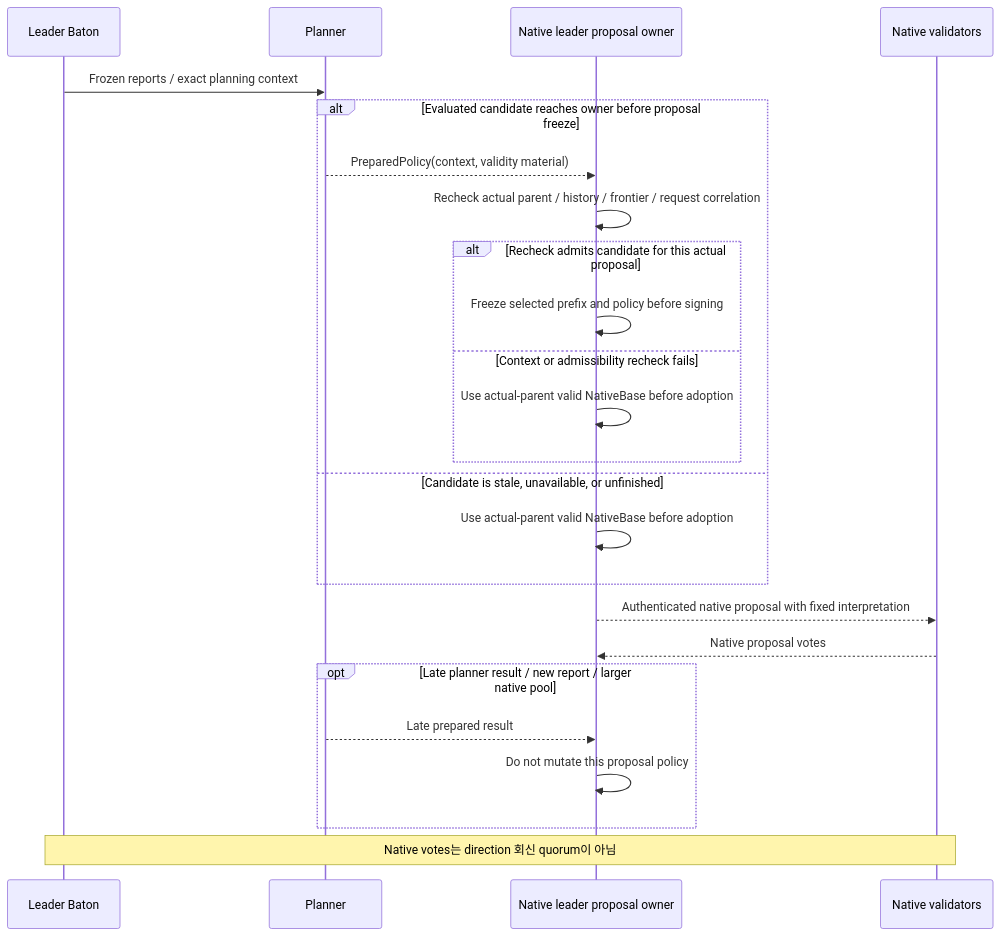
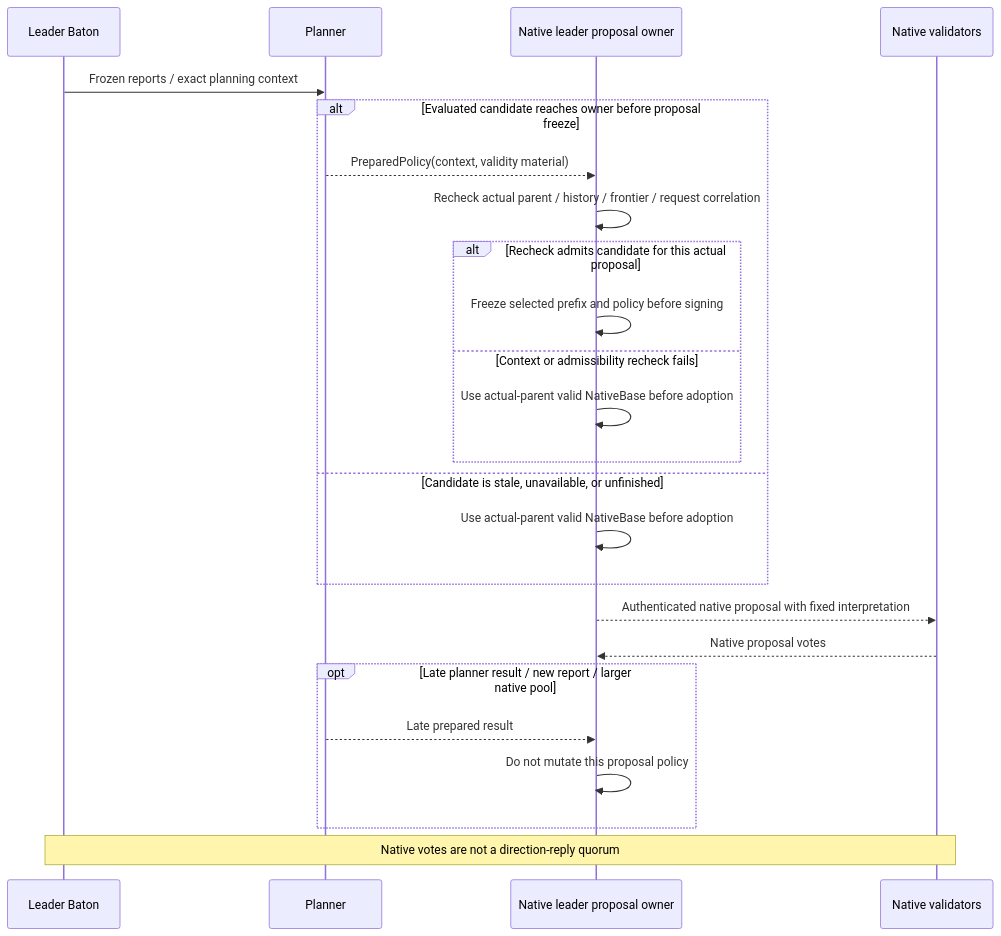
Before and after one commit to djm07073/baton-research: the second of 2 diagrams in docs/e2e/leader.md, drawn with Mermaid. The commit also changed other lines of this file and 99 other files, not shown here.

````diff
--- a/docs/e2e/leader.md
+++ b/docs/e2e/leader.md
@@ -44,26 +44,26 @@
 ```mermaid
 sequenceDiagram
     participant L as Leader Baton
     participant P as Planner
     participant N as Native leader proposal owner
     participant V as Native validators
     L->>P: Frozen reports / exact planning context
     alt Evaluated candidate reaches owner before proposal freeze
         P-->>N: PreparedPolicy(context, validity material)
         N->>N: Recheck actual parent / history / frontier / request correlation
         alt Recheck admits candidate for this actual proposal
             N->>N: Freeze selected prefix and policy before signing
         else Context or admissibility recheck fails
             N->>N: Use actual-parent valid NativeBase before adoption
         end
     else Candidate is stale, unavailable, or unfinished
         N->>N: Use actual-parent valid NativeBase before adoption
     end
     N-->>V: Authenticated native proposal with fixed interpretation
     V-->>N: Native proposal votes
     opt Late planner result / new report / larger native pool
         P-->>N: Late prepared result
         N->>N: Do not mutate this proposal policy
     end
-    Note over L,V: Native votes는 direction 회신 quorum이 아님
+    Note over L,V: Native votes are not a direction-reply quorum
 ```
````
